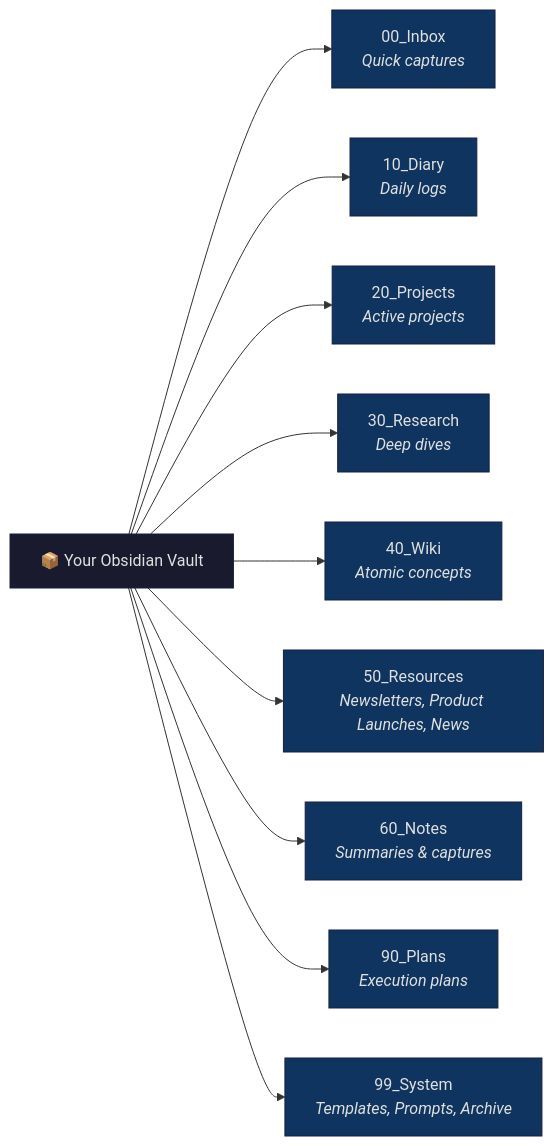
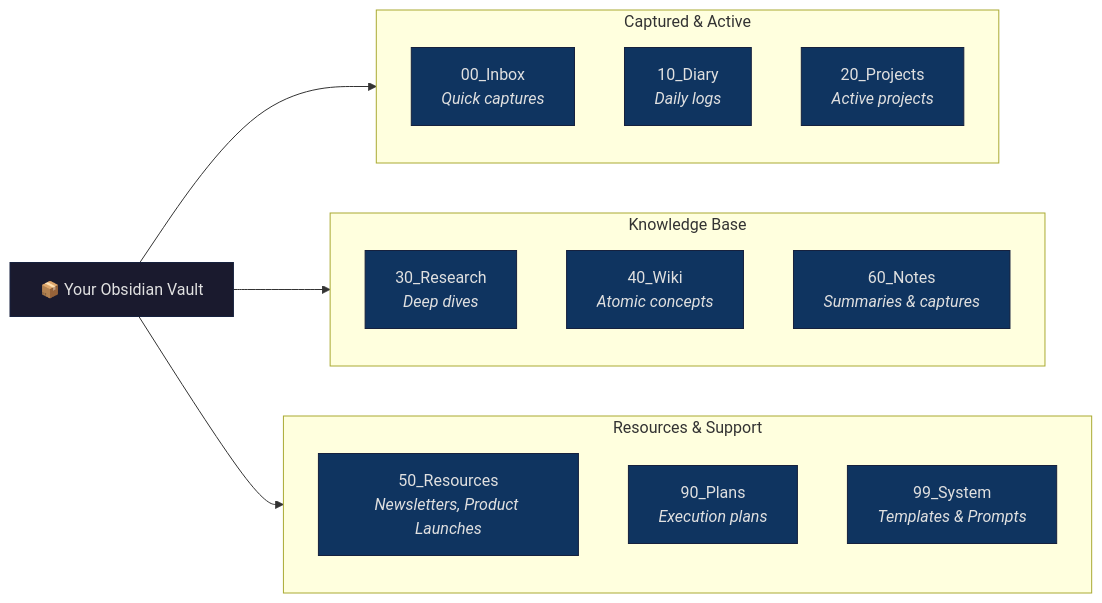
The second of 8 diagrams in README.md (dull-bird/DeepOrbit), drawn with Mermaid before and after one commit. The commit also changed 1 other file, not shown here.

````diff
--- a/README.md
+++ b/README.md
@@ -80,23 +80,40 @@
 ```mermaid
 flowchart LR
-    V["📦 Your Obsidian Vault"] --> A["00_Inbox<br/><i>Quick captures</i>"]
-    V --> B["10_Diary<br/><i>Daily logs</i>"]
-    V --> C["20_Projects<br/><i>Active projects</i>"]
-    V --> D["30_Research<br/><i>Deep dives</i>"]
-    V --> E["40_Wiki<br/><i>Atomic concepts</i>"]
-    V --> F["50_Resources<br/><i>Newsletters, Product Launches, News</i>"]
-    V --> G["60_Notes<br/><i>Summaries & captures</i>"]
-    V --> H["90_Plans<br/><i>Execution plans</i>"]
-    V --> I["99_System<br/><i>Templates, Prompts, Archive</i>"]
+    V["📦 Your Obsidian Vault"]
+    
+    V --> G1
+    V --> G2
+    V --> G3
+
+    subgraph G1 ["Captured & Active"]
+        direction TD
+        A["00_Inbox<br/><i>Quick captures</i>"]
+        B["10_Diary<br/><i>Daily logs</i>"]
+        C["20_Projects<br/><i>Active projects</i>"]
+    end
+    
+    subgraph G2 ["Knowledge Base"]
+        direction TD
+        D["30_Research<br/><i>Deep dives</i>"]
+        E["40_Wiki<br/><i>Atomic concepts</i>"]
+        G["60_Notes<br/><i>Summaries & captures</i>"]
+    end
+    
+    subgraph G3 ["Resources & Support"]
+        direction TD
+        F["50_Resources<br/><i>Newsletters, Product Launches</i>"]
+        H["90_Plans<br/><i>Execution plans</i>"]
+        I["99_System<br/><i>Templates & Prompts</i>"]
+    end
 
     style V fill:#1a1a2e,stroke:#16213e,color:#e0e0e0
     style A fill:#0f3460,stroke:#16213e,color:#e0e0e0
     style B fill:#0f3460,stroke:#16213e,color:#e0e0e0
     style C fill:#0f3460,stroke:#16213e,color:#e0e0e0
     style D fill:#0f3460,stroke:#16213e,color:#e0e0e0
     style E fill:#0f3460,stroke:#16213e,color:#e0e0e0
     style F fill:#0f3460,stroke:#16213e,color:#e0e0e0
     style G fill:#0f3460,stroke:#16213e,color:#e0e0e0
     style H fill:#0f3460,stroke:#16213e,color:#e0e0e0
     style I fill:#0f3460,stroke:#16213e,color:#e0e0e0
 ```
````
